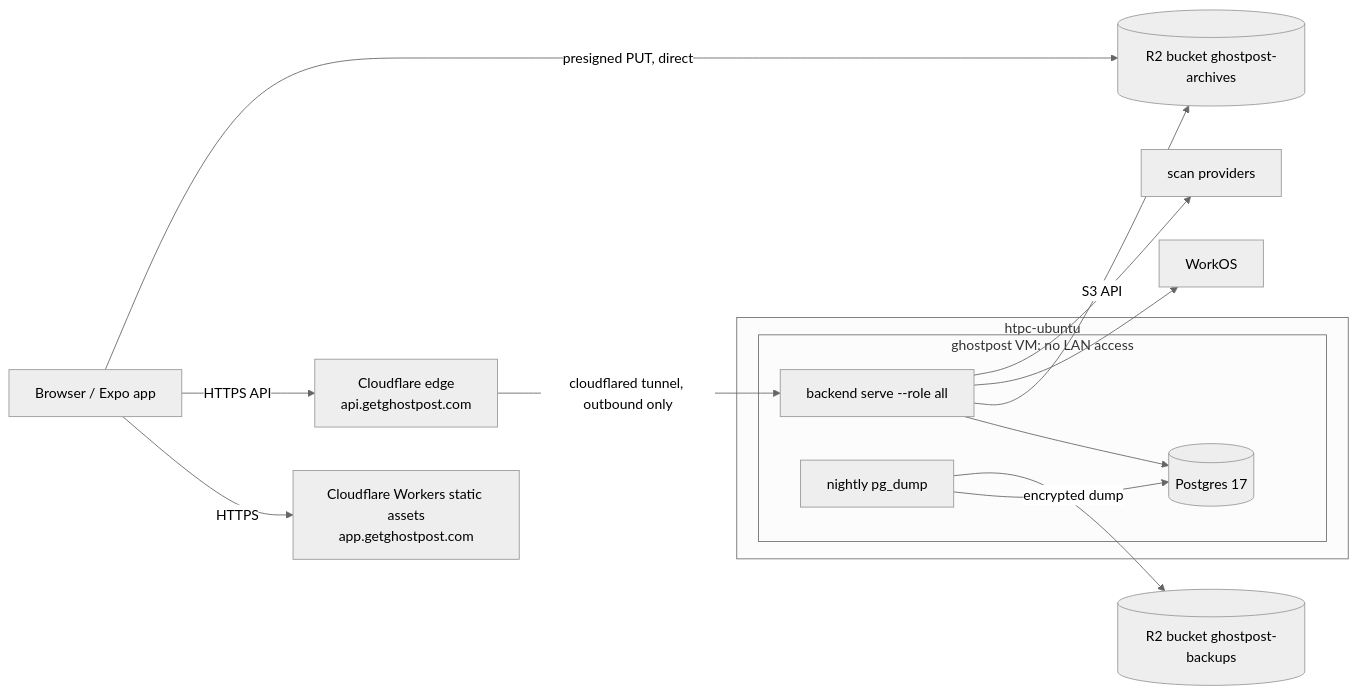
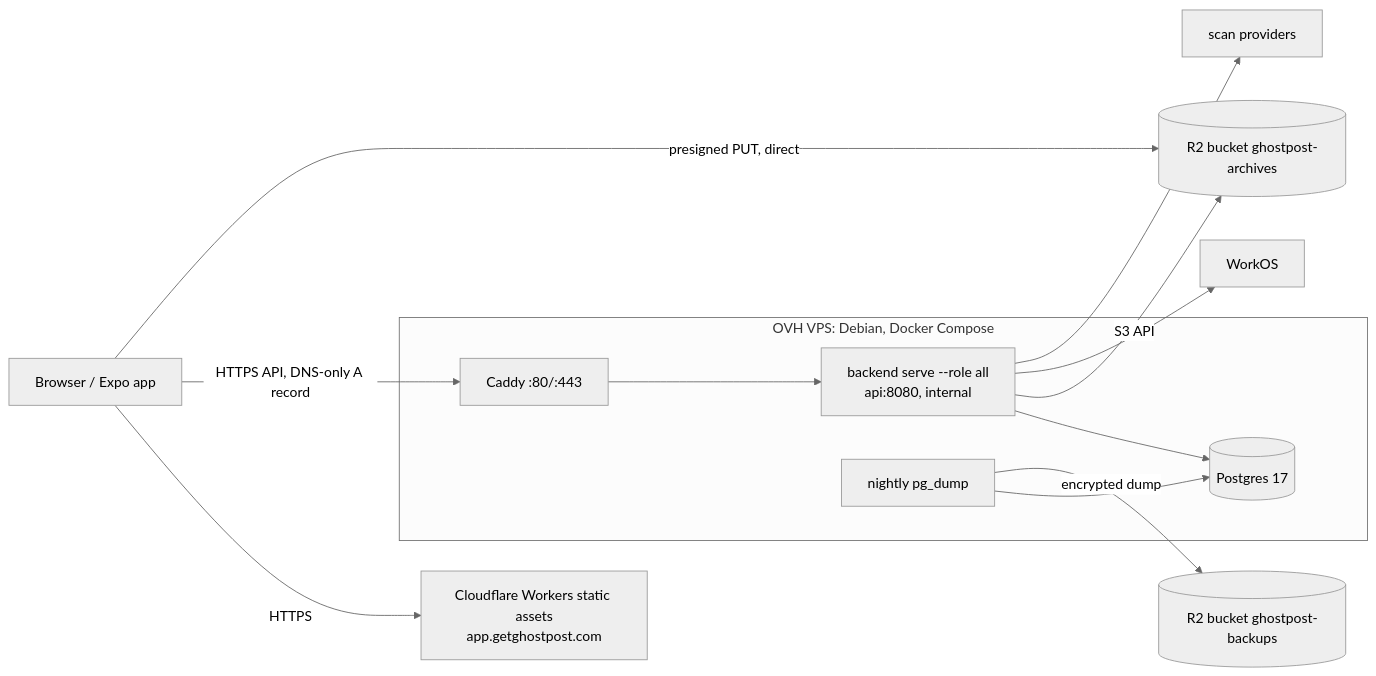
The diagram in docs/deployment-plan.md (peterrauscher/ghostpost), drawn with Mermaid (neutral theme) before and after one commit. The commit also changed other lines of this file and 9 other files, not shown here.

Commit message:
feat(deploy): prepare OVH backend migration with Caddy

````diff
--- a/docs/deployment-plan.md
+++ b/docs/deployment-plan.md
@@ -11,17 +31,15 @@
 ```mermaid
 flowchart LR
   U[Browser / Expo app] -->|HTTPS| WEB[Cloudflare Workers static assets<br/>app.getghostpost.com]
-  U -->|HTTPS API| CF[Cloudflare edge<br/>api.getghostpost.com]
-  CF -->|cloudflared tunnel, outbound only| API
+  U -->|HTTPS API, DNS-only A record| CADDY
   U -->|presigned PUT, direct| R2[(R2 bucket ghostpost-archives)]
-  subgraph HTPC [htpc-ubuntu]
-    subgraph VM [ghostpost VM: no LAN access]
-      API[backend serve --role all] --> PG[(Postgres 17)]
-      BK[nightly pg_dump] --> PG
-    end
+  subgraph VPS [OVH VPS: Debian, Docker Compose]
+    CADDY[Caddy :80/:443] --> API[backend serve --role all<br/>api:8080, internal]
+    API --> PG[(Postgres 17)]
+    BK[nightly pg_dump] --> PG
   end
   API -->|S3 API| R2
   BK -->|encrypted dump| R2B[(R2 bucket ghostpost-backups)]
   API --> WorkOS
   API --> LLM[scan providers]
 ```
````
